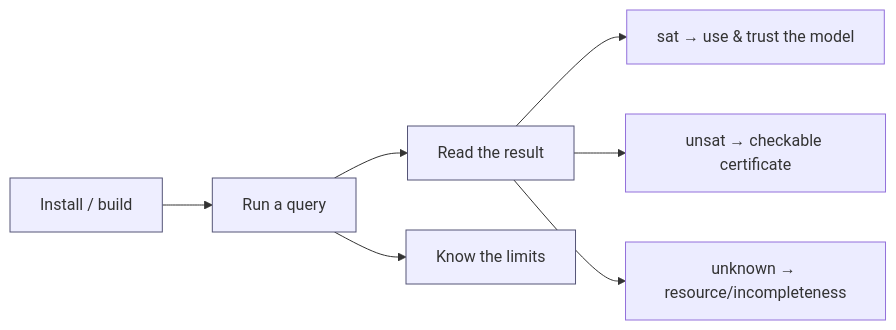
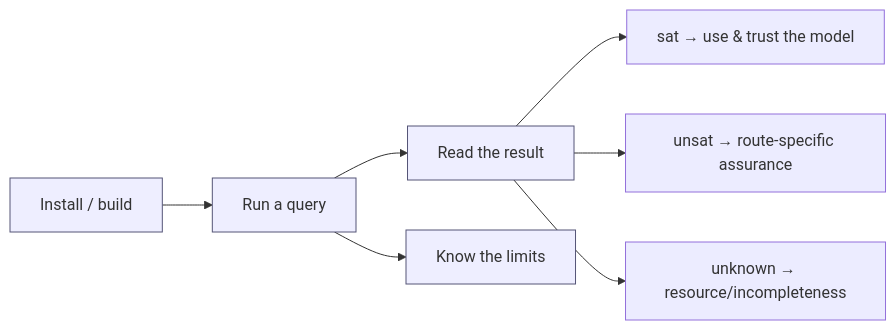
One commit to mjbommar/axeyum changed the diagram in docs/user-guide/README.md. Above: the diagram before and after it, drawn with Mermaid. The commit also changed other lines of this file and 3 other files, not shown here.

````diff
--- a/docs/user-guide/README.md
+++ b/docs/user-guide/README.md
@@ -5,11 +5,11 @@
 ```mermaid
 flowchart LR
     I[Install / build] --> Q[Run a query]
     Q --> R[Read the result]
     R --> sat[sat → use &amp; trust the model]
-    R --> unsat[unsat → checkable certificate]
+    R --> unsat[unsat → route-specific assurance]
     R --> unk[unknown → resource/incompleteness]
     Q --> L[Know the limits]
     classDef a fill:#eef,stroke:#557;
     class I,Q,R,L a;
 ```
````
